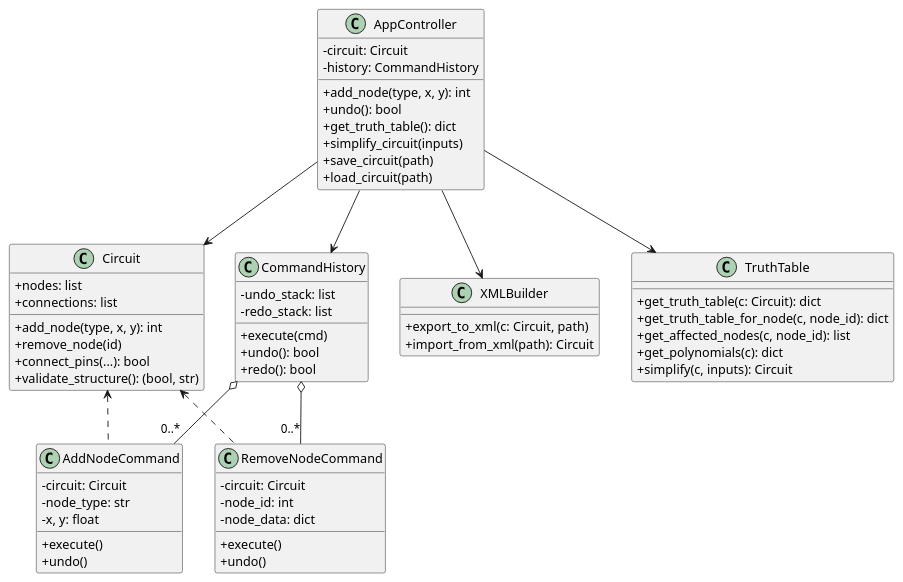
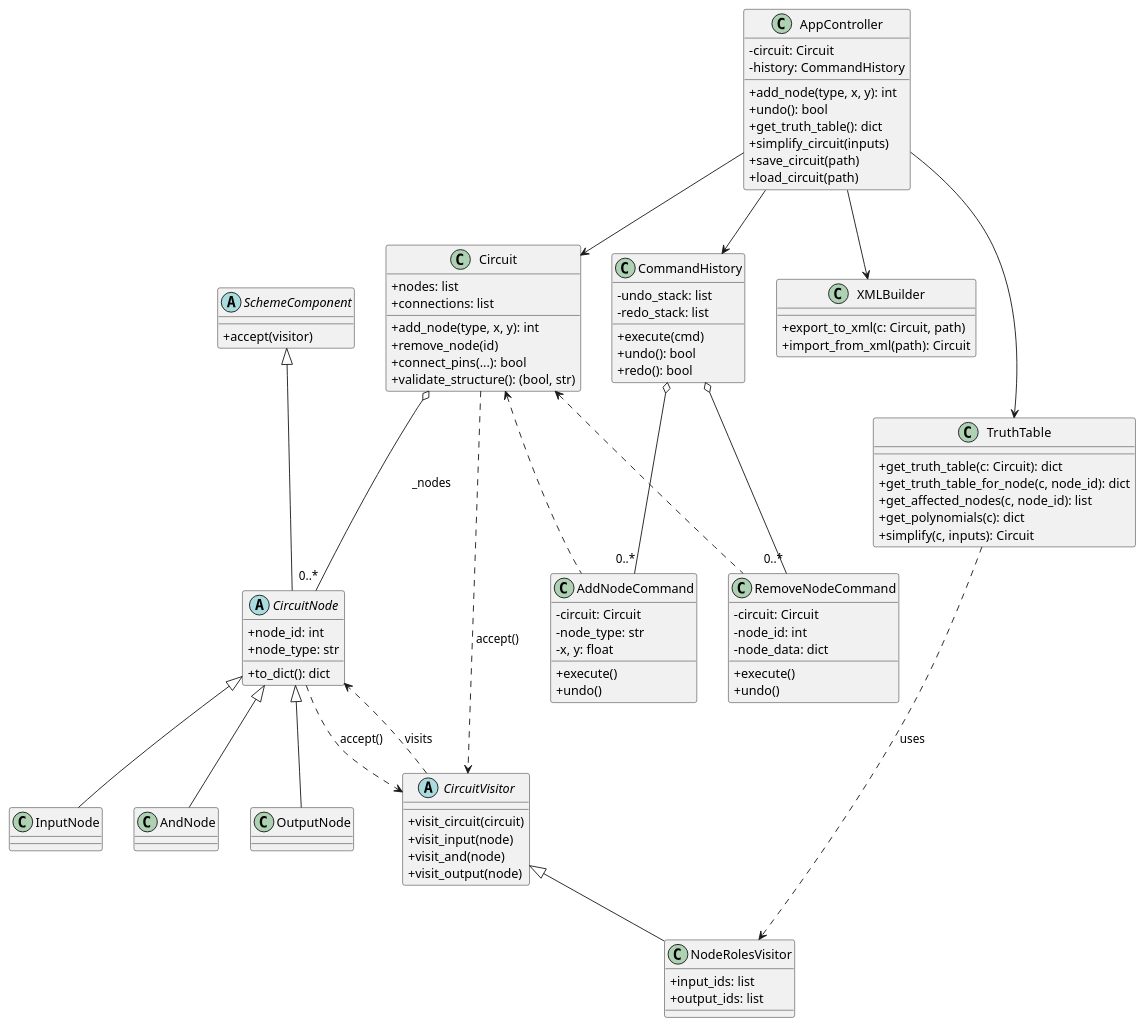
Before and after one commit to KuzmunKirill3384/boolean_circuit_editor: the diagram in docs/uml/class_diagram.puml, drawn with PlantUML. The commit also changed 16 other files, not shown here.

```diff
--- a/docs/uml/class_diagram.puml
+++ b/docs/uml/class_diagram.puml
@@ -1,69 +1,107 @@
 @startuml
 skinparam classAttributeIconSize 0
+
+abstract class SchemeComponent {
+  +accept(visitor)
+}
+
+abstract class CircuitNode {
+  +node_id: int
+  +node_type: str
+  +to_dict(): dict
+}
+
+class InputNode
+class AndNode
+class OutputNode
+
+abstract class CircuitVisitor {
+  +visit_circuit(circuit)
+  +visit_input(node)
+  +visit_and(node)
+  +visit_output(node)
+}
+
+class NodeRolesVisitor {
+  +input_ids: list
+  +output_ids: list
+}
+
+SchemeComponent <|-- CircuitNode
+CircuitNode <|-- InputNode
+CircuitNode <|-- AndNode
+CircuitNode <|-- OutputNode
+CircuitVisitor <|-- NodeRolesVisitor
+CircuitVisitor ..> CircuitNode : visits
+CircuitNode ..> CircuitVisitor : accept()
 
 class Circuit {
   +nodes: list
   +connections: list
   +add_node(type, x, y): int
   +remove_node(id)
   +connect_pins(...): bool
   +validate_structure(): (bool, str)
 }
 
 class AddNodeCommand {
   -circuit: Circuit
   -node_type: str
   -x, y: float
   +execute()
   +undo()
 }
 
 class RemoveNodeCommand {
   -circuit: Circuit
   -node_id: int
   -node_data: dict
   +execute()
   +undo()
 }
 
 class CommandHistory {
   -undo_stack: list
   -redo_stack: list
   +execute(cmd)
   +undo(): bool
   +redo(): bool
 }
 
 class AppController {
   -circuit: Circuit
   -history: CommandHistory
   +add_node(type, x, y): int
   +undo(): bool
   +get_truth_table(): dict
   +simplify_circuit(inputs)
   +save_circuit(path)
   +load_circuit(path)
 }
 
 class XMLBuilder {
   +export_to_xml(c: Circuit, path)
   +import_from_xml(path): Circuit
 }
 
 class TruthTable {
   +get_truth_table(c: Circuit): dict
   +get_truth_table_for_node(c, node_id): dict
   +get_affected_nodes(c, node_id): list
   +get_polynomials(c): dict
   +simplify(c, inputs): Circuit
 }
 
 Circuit <.. AddNodeCommand
 Circuit <.. RemoveNodeCommand
 CommandHistory o-- "0..*" AddNodeCommand
 CommandHistory o-- "0..*" RemoveNodeCommand
+Circuit o-- "0..*" CircuitNode : _nodes
+Circuit ..> CircuitVisitor : accept()
+
 AppController --> Circuit
 AppController --> CommandHistory
 AppController --> XMLBuilder
 AppController --> TruthTable
+TruthTable ..> NodeRolesVisitor : uses
 @enduml
```
